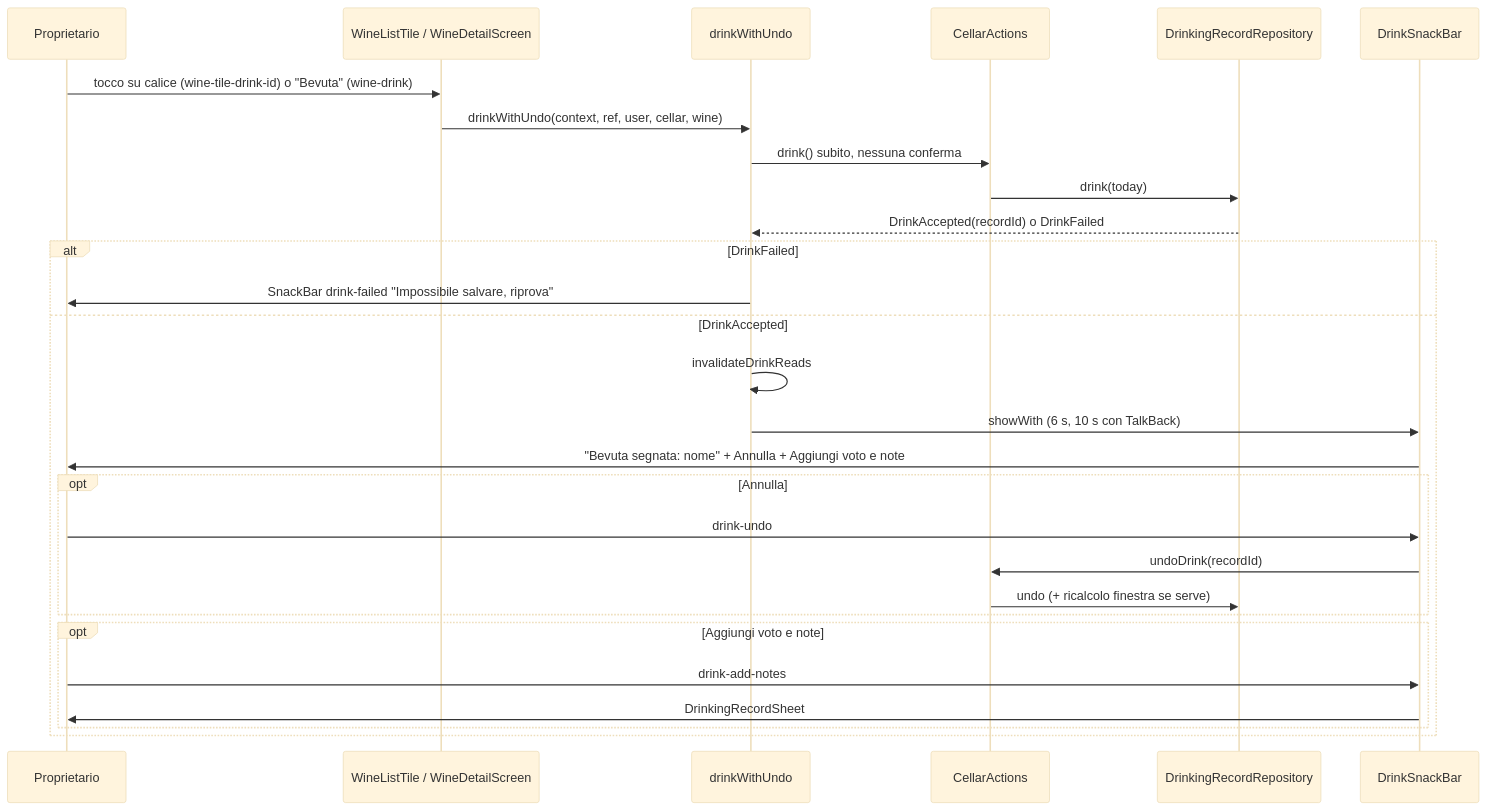
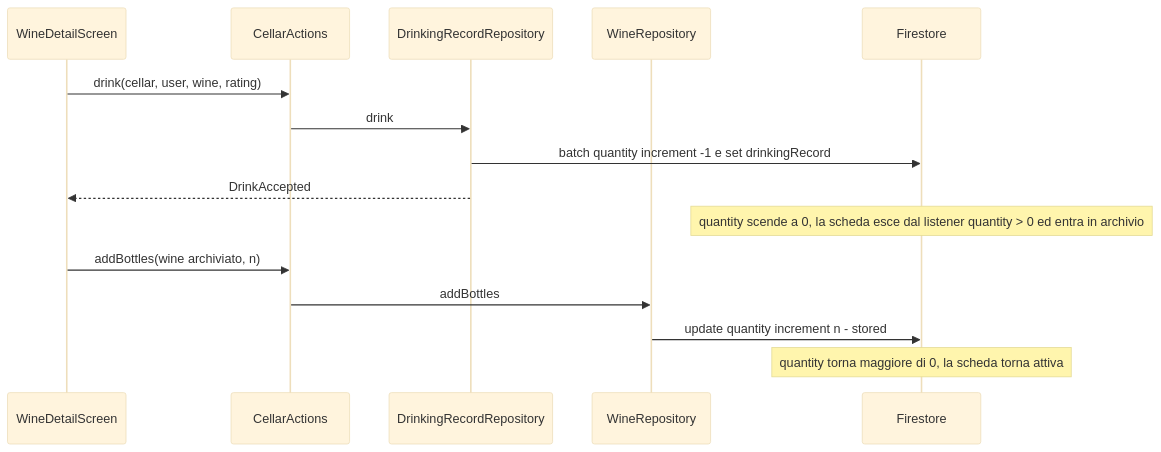
Before and after one commit to brunobottazzini/Vinoozy: the third of 5 diagrams in aidlc/spaces/default/codekb/Vinoozy/architecture.md, drawn with Mermaid (base theme). The commit also changed other lines of this file and 192 other files, not shown here.

````diff
--- a/aidlc/spaces/default/codekb/Vinoozy/architecture.md
+++ b/aidlc/spaces/default/codekb/Vinoozy/architecture.md
@@ -186,30 +165,17 @@
 ```mermaid
 sequenceDiagram
-  participant U as Proprietario
-  participant W as WineListTile / WineDetailScreen
-  participant DF as drinkWithUndo
-  participant CA as CellarActions
-  participant DR as DrinkingRecordRepository
-  participant SB as DrinkSnackBar
-  U->>W: tocco su calice (wine-tile-drink-id) o "Bevuta" (wine-drink)
-  W->>DF: drinkWithUndo(context, ref, user, cellar, wine)
-  DF->>CA: drink() subito, nessuna conferma
-  CA->>DR: drink(today)
-  DR-->>DF: DrinkAccepted(recordId) o DrinkFailed
-  alt DrinkFailed
-    DF->>U: SnackBar drink-failed "Impossibile salvare, riprova"
-  else DrinkAccepted
-    DF->>DF: invalidateDrinkReads
-    DF->>SB: showWith (6 s, 10 s con TalkBack)
-    SB->>U: "Bevuta segnata: nome" + Annulla + Aggiungi voto e note
-    opt Annulla
-      U->>SB: drink-undo
-      SB->>CA: undoDrink(recordId)
-      CA->>DR: undo (+ ricalcolo finestra se serve)
-    end
-    opt Aggiungi voto e note
-      U->>SB: drink-add-notes
-      SB->>U: DrinkingRecordSheet
-    end
-  end
+  participant UI as WineDetailScreen
+  participant A as CellarActions
+  participant R as DrinkingRecordRepository
+  participant W as WineRepository
+  participant F as Firestore
+  UI->>A: drink(cellar, user, wine, rating)
+  A->>R: drink
+  R->>F: batch quantity increment -1 e set drinkingRecord
+  R-->>UI: DrinkAccepted
+  Note over F: quantity scende a 0, la scheda esce dal listener quantity > 0 ed entra in archivio
+  UI->>A: addBottles(wine archiviato, n)
+  A->>W: addBottles
+  W->>F: update quantity increment n - stored
+  Note over F: quantity torna maggiore di 0, la scheda torna attiva
 ```
````
